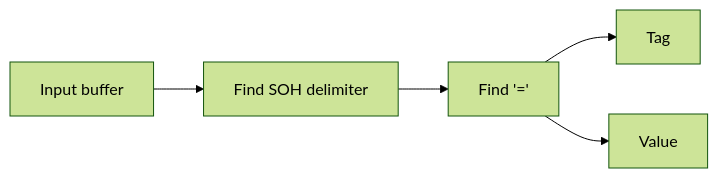
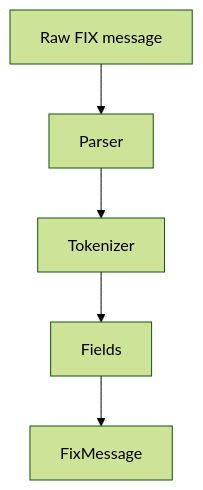
The third of 6 diagrams in README.md (DrunkTrader/FixEngine), drawn with Mermaid (forest theme) before and after one commit. The commit also changed other lines of this file, not shown here.

````diff
--- a/README.md
+++ b/README.md
@@ -494,13 +171,12 @@
 ```mermaid
-flowchart LR
-    A["Input buffer"]
-    B["Find SOH delimiter"]
-    C["Find '='"]
-    D["Tag"]
-    E["Value"]
+flowchart TD
 
-    A --> B
-    B --> C
-    C --> D
-    C --> E
+    A[Raw FIX message]
+        --> B[Parser]
+
+    B --> C[Tokenizer]
+
+    C --> D[Fields]
+
+    D --> E[FixMessage]
 ```
````
